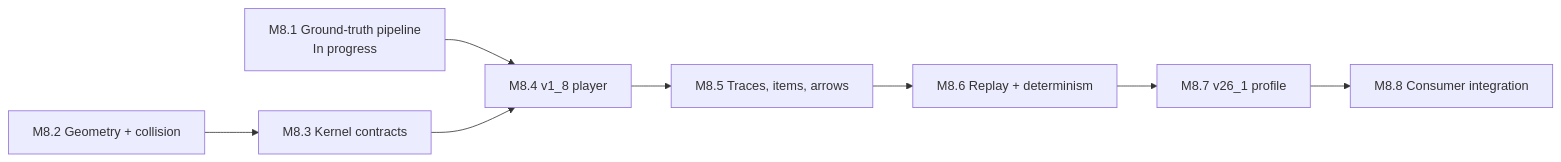
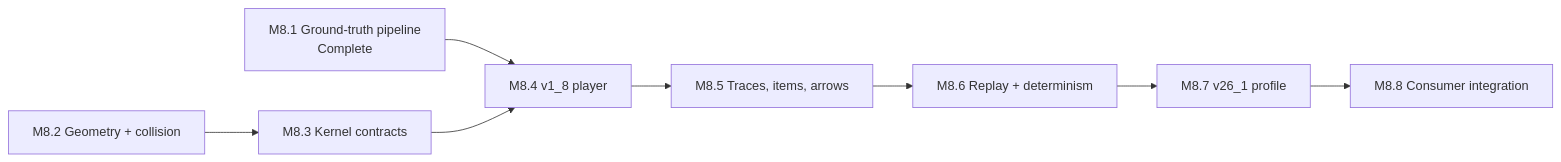
Before and after one commit to go-theft-craft/headless-minecraft: the second of 2 diagrams in MASTER_PLAN.md, drawn with Mermaid. The commit also changed other lines of this file, not shown here.

Commit message:
docs: mark M8.1 complete

````diff
--- a/MASTER_PLAN.md
+++ b/MASTER_PLAN.md
@@ -443,14 +462,14 @@
 ```mermaid
 flowchart LR
-    A["M8.1 Ground-truth pipeline<br/>In progress"]
+    A["M8.1 Ground-truth pipeline<br/>Complete"]
     B["M8.2 Geometry + collision"]
     C["M8.3 Kernel contracts"]
     D["M8.4 v1_8 player"]
     E["M8.5 Traces, items, arrows"]
     F["M8.6 Replay + determinism"]
     G["M8.7 v26_1 profile"]
     H["M8.8 Consumer integration"]
 
     A --> D
     B --> C --> D --> E --> F --> G --> H
 ```
````
